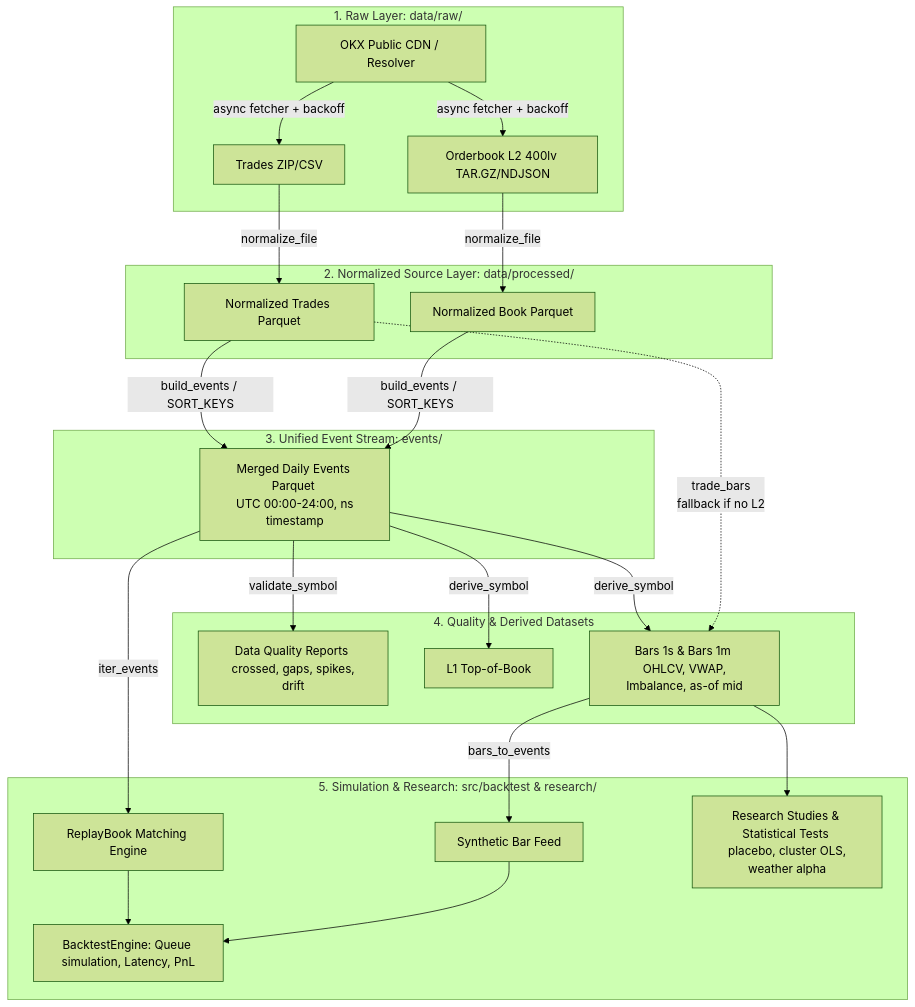
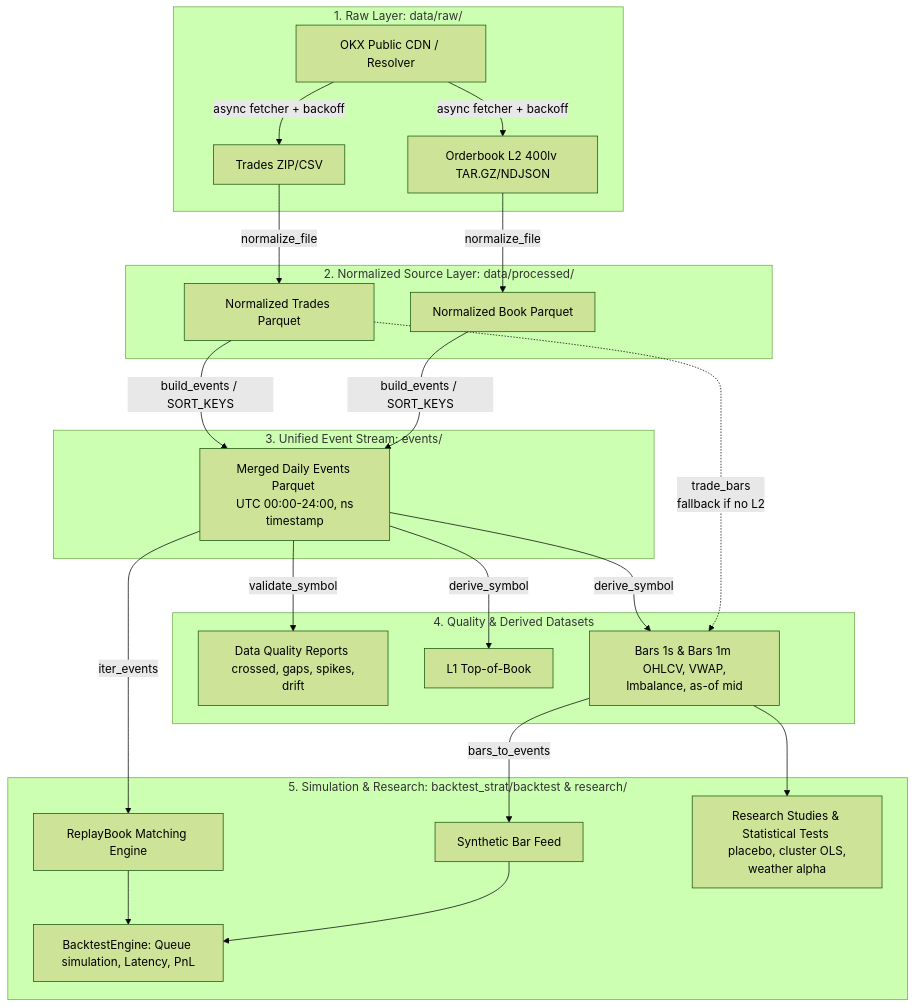
The diagram in README.md (mark-nikulin/backtest_strat), drawn with Mermaid (forest theme) before and after one commit. The commit also changed other lines of this file and 163 other files, not shown here.

First line of the commit message:
build: package as installable library (backtest_strat), console scripts, shared paths

````diff
--- a/README.md
+++ b/README.md
@@ -13,32 +13,32 @@
 ```mermaid
 flowchart TD
     subgraph Layer1 [1. Raw Layer: data/raw/]
         CDN[OKX Public CDN / Resolver] -->|async fetcher + backoff| RawTrades[Trades ZIP/CSV]
         CDN -->|async fetcher + backoff| RawBook[Orderbook L2 400lv TAR.GZ/NDJSON]
     end
 
     subgraph Layer2 [2. Normalized Source Layer: data/processed/]
         RawTrades -->|normalize_file| NormTrades[Normalized Trades Parquet]
         RawBook -->|normalize_file| NormBook[Normalized Book Parquet]
     end
 
     subgraph Layer3 [3. Unified Event Stream: events/]
         NormTrades -->|build_events / SORT_KEYS| Events[Merged Daily Events Parquet <br/> UTC 00:00-24:00, ns timestamp]
         NormBook -->|build_events / SORT_KEYS| Events
     end
 
     subgraph Layer4 [4. Quality & Derived Datasets]
         Events -->|validate_symbol| Quality[Data Quality Reports <br/> crossed, gaps, spikes, drift]
         Events -->|derive_symbol| L1[L1 Top-of-Book]
         Events -->|derive_symbol| Bars[Bars 1s & Bars 1m <br/> OHLCV, VWAP, Imbalance, as-of mid]
         NormTrades -.->|trade_bars <br/> fallback if no L2| Bars
     end
 
-    subgraph Layer5 [5. Simulation & Research: src/backtest & research/]
+    subgraph Layer5 [5. Simulation & Research: backtest_strat/backtest & research/]
         Events -->|iter_events| ReplayBook[ReplayBook Matching Engine]
         Bars -->|bars_to_events| BarFeed[Synthetic Bar Feed]
         ReplayBook --> Backtest[BacktestEngine: Queue simulation, Latency, PnL]
         BarFeed --> Backtest
         Bars --> Research[Research Studies & Statistical Tests <br/> placebo, cluster OLS, weather alpha]
     end
 ```
````
